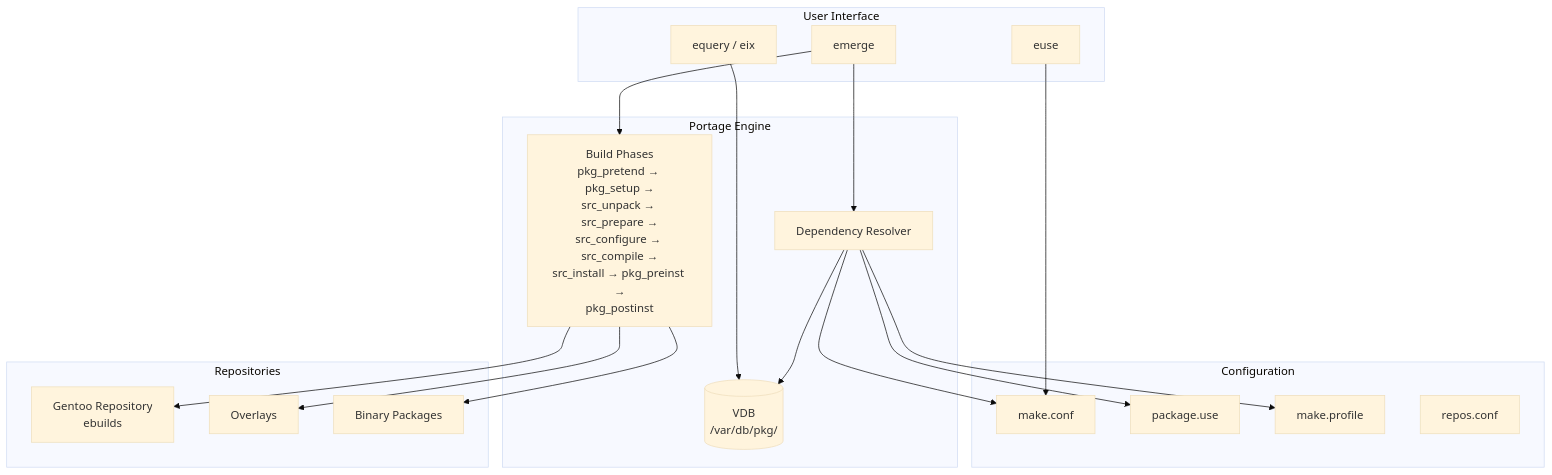
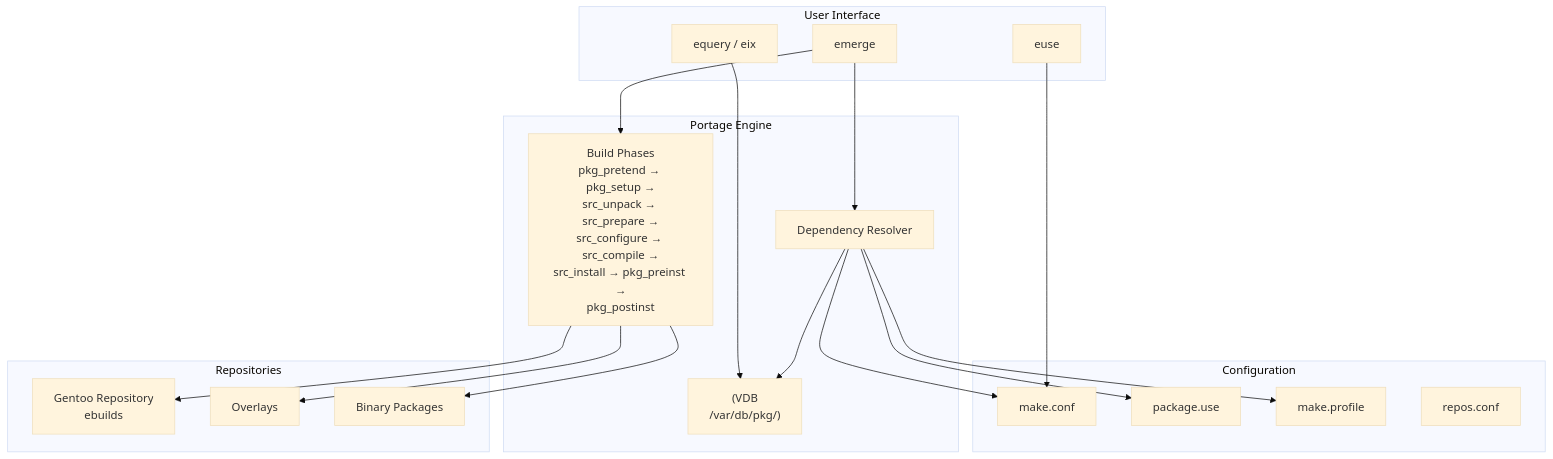
The diagram in src/admin/packages/portage.md (Abhinav-Kumar012/lb2), drawn with Mermaid (base theme) before and after one commit. The commit also changed 71 other files, not shown here.

First line of the commit message:
fix: quote all mermaid labels with special chars

````diff
--- a/src/admin/packages/portage.md
+++ b/src/admin/packages/portage.md
@@ -490,36 +490,36 @@
 ```mermaid
 graph TB
     subgraph "User Interface"
         EMERGE[emerge]
         EQUERY[equery / eix]
         EUSE[euse]
     end
     subgraph "Portage Engine"
         RESOLVER[Dependency Resolver]
-        PHASES[Build Phases<br/>pkg_pretend → pkg_setup →<br/>src_unpack → src_prepare →<br/>src_configure → src_compile →<br/>src_install → pkg_preinst →<br/>pkg_postinst]
-        VDB[(VDB<br/>/var/db/pkg/)]
+        PHASES["Build Phases<br/>pkg_pretend → pkg_setup →<br/>src_unpack → src_prepare →<br/>src_configure → src_compile →<br/>src_install → pkg_preinst →<br/>pkg_postinst"]
+        VDB["(VDB<br/>/var/db/pkg/)"]
     end
     subgraph "Configuration"
         MAKE_CONF[make.conf]
         PACKAGE_USE[package.use]
         PROFILES[make.profile]
         REPOS_CONF[repos.conf]
     end
     subgraph "Repositories"
-        GENTOO[Gentoo Repository<br/>ebuilds]
+        GENTOO["Gentoo Repository<br/>ebuilds"]
         OVERLAYS[Overlays]
         BINPKGS[Binary Packages]
     end
 
     EMERGE --> RESOLVER
     EMERGE --> PHASES
     RESOLVER --> VDB
     RESOLVER --> MAKE_CONF
     RESOLVER --> PACKAGE_USE
     RESOLVER --> PROFILES
     PHASES --> GENTOO
     PHASES --> OVERLAYS
     PHASES --> BINPKGS
     EQUERY --> VDB
     EUSE --> MAKE_CONF
 ```
````
